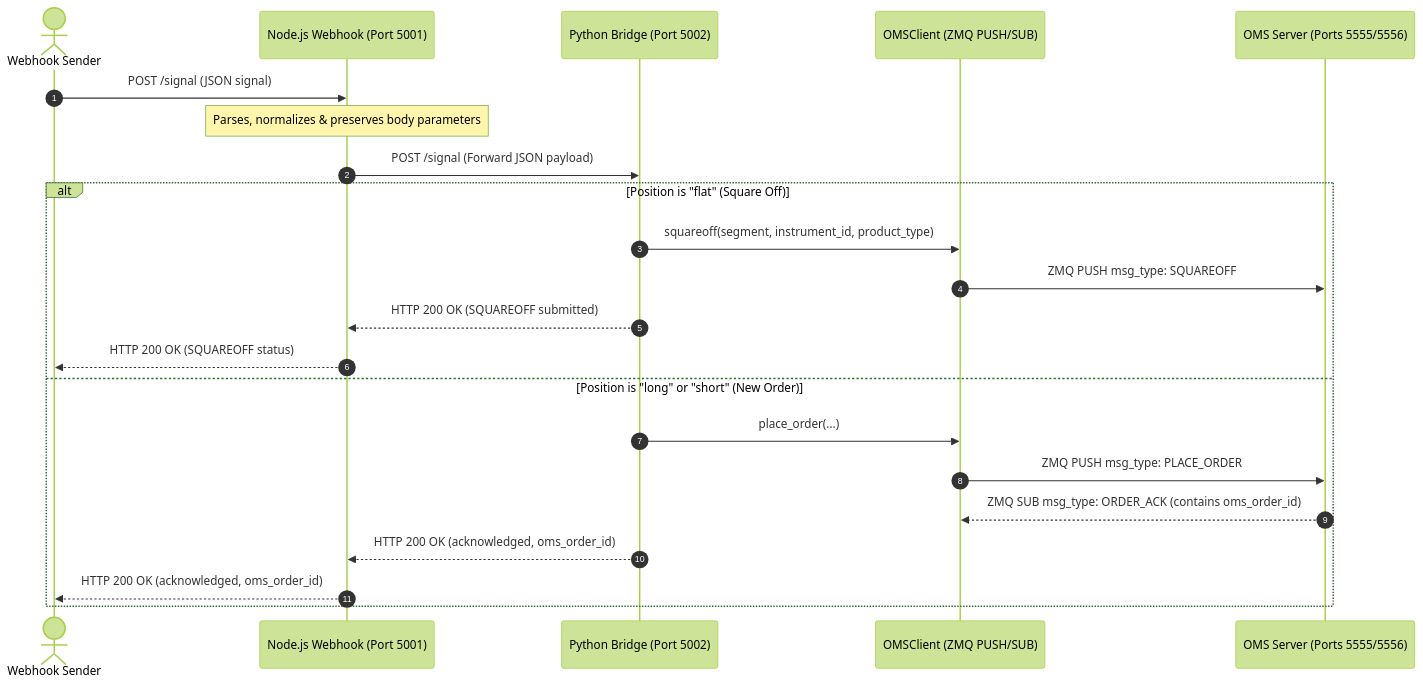
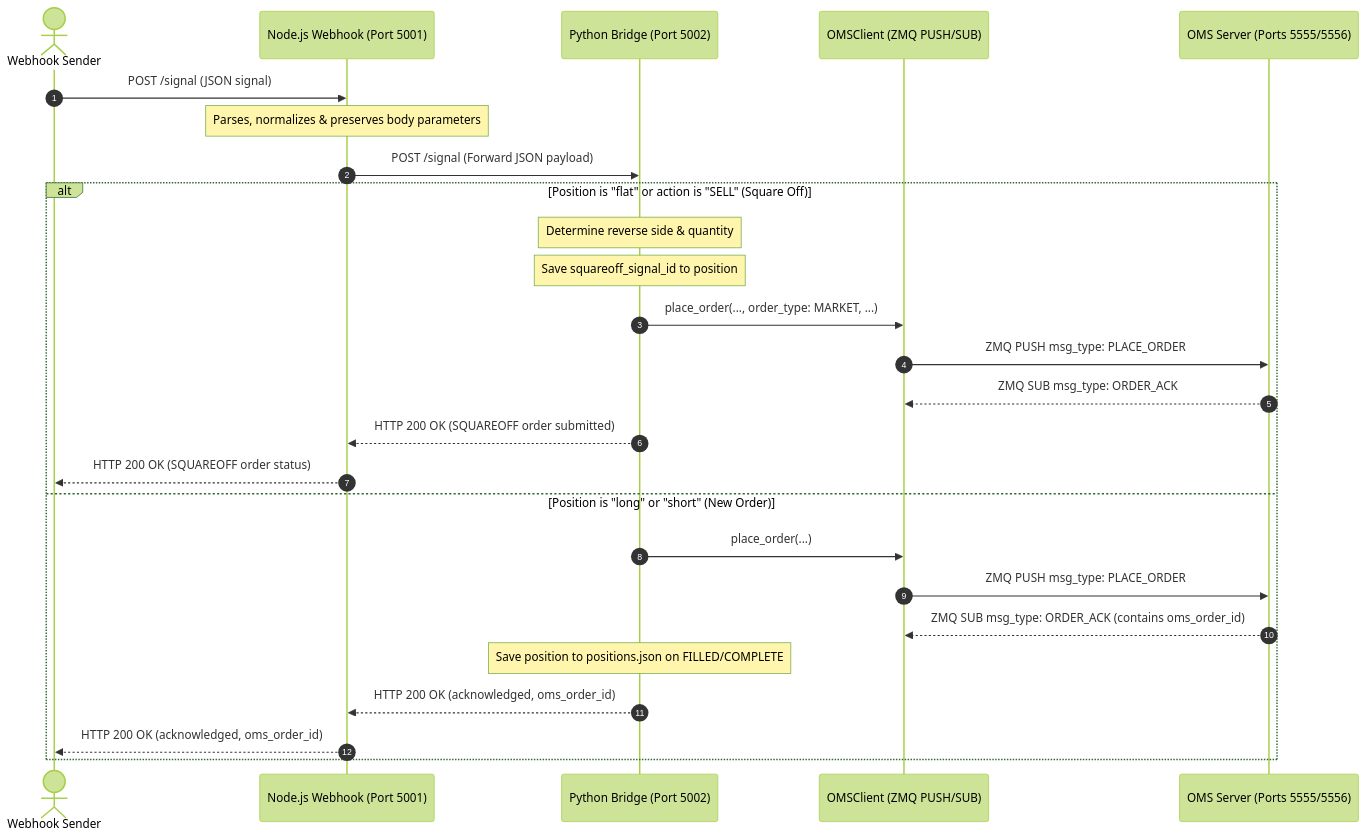
Before and after one commit to shubham-agarwal-techculture/trading-middleware-new: the second of 2 diagrams in README.md, drawn with Mermaid (forest theme). The commit also changed other lines of this file and 2 other files, not shown here.

````diff
--- a/README.md
+++ b/README.md
@@ -81,26 +84,30 @@
 ```mermaid
 sequenceDiagram
     autonumber
     actor TV as Webhook Sender
     participant Node as Node.js Webhook (Port 5001)
     participant Python as Python Bridge (Port 5002)
     participant Client as OMSClient (ZMQ PUSH/SUB)
     participant OMS as OMS Server (Ports 5555/5556)
 
     TV->>Node: POST /signal (JSON signal)
     Note over Node: Parses, normalizes & preserves body parameters
     Node->>Python: POST /signal (Forward JSON payload)
     
-    alt Position is "flat" (Square Off)
-        Python->>Client: squareoff(segment, instrument_id, product_type)
-        Client->>OMS: ZMQ PUSH msg_type: SQUAREOFF
-        Python-->>Node: HTTP 200 OK (SQUAREOFF submitted)
-        Node-->>TV: HTTP 200 OK (SQUAREOFF status)
+    alt Position is "flat" or action is "SELL" (Square Off)
+        Note over Python: Determine reverse side & quantity
+        Note over Python: Save squareoff_signal_id to position
+        Python->>Client: place_order(..., order_type: MARKET, ...)
+        Client->>OMS: ZMQ PUSH msg_type: PLACE_ORDER
+        OMS-->>Client: ZMQ SUB msg_type: ORDER_ACK
+        Python-->>Node: HTTP 200 OK (SQUAREOFF order submitted)
+        Node-->>TV: HTTP 200 OK (SQUAREOFF order status)
     else Position is "long" or "short" (New Order)
         Python->>Client: place_order(...)
         Client->>OMS: ZMQ PUSH msg_type: PLACE_ORDER
         OMS-->>Client: ZMQ SUB msg_type: ORDER_ACK (contains oms_order_id)
+        Note over Python: Save position to positions.json on FILLED/COMPLETE
         Python-->>Node: HTTP 200 OK (acknowledged, oms_order_id)
         Node-->>TV: HTTP 200 OK (acknowledged, oms_order_id)
     end
 ```
````
